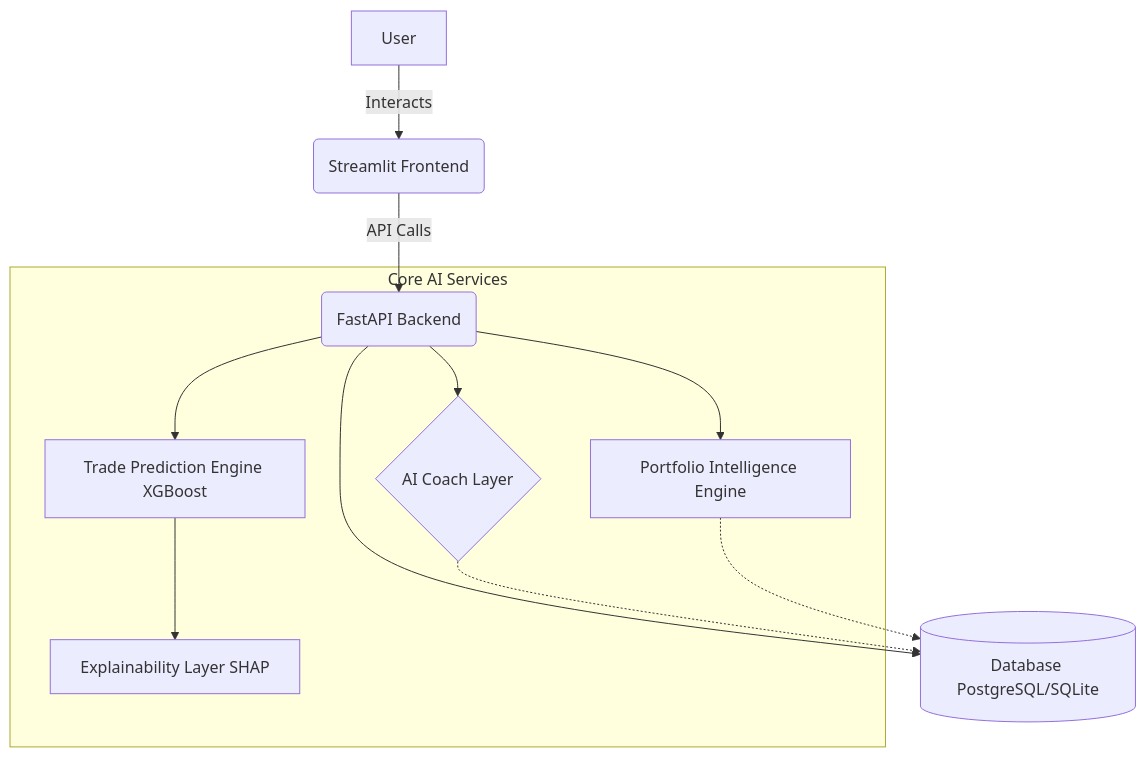
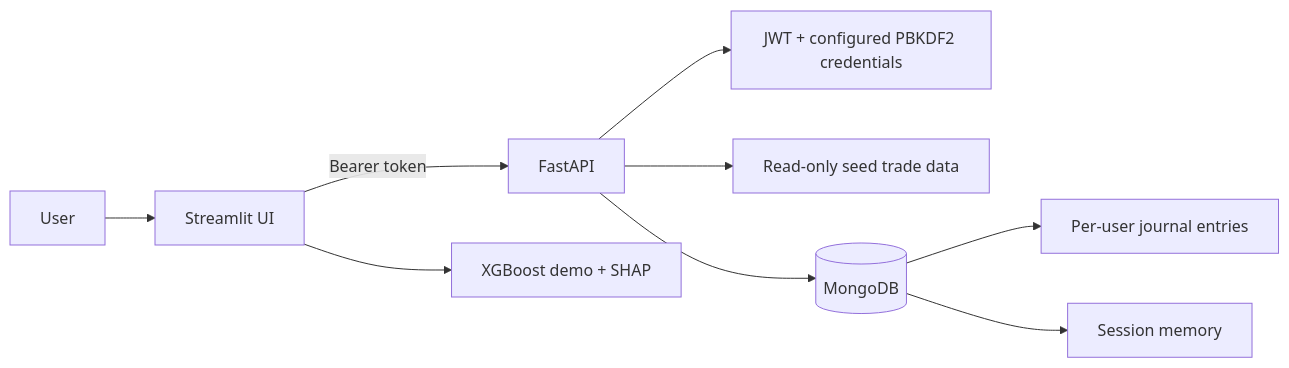
One commit to Piyu242005/AI-Trading-Coach changed the diagram in Readme.md. Above: the diagram before and after it, drawn with Mermaid. The commit also changed other lines of this file and 9 other files, not shown here.

````diff
--- a/Readme.md
+++ b/Readme.md
@@ -84,16 +54,11 @@
 ```mermaid
-graph TD
-    A[User] -->|Interacts| B(Streamlit Frontend)
-    B -->|API Calls| C(FastAPI Backend)
-    
-    subgraph Core AI Services
-    C --> D{AI Coach Layer}
-    C --> E[Trade Prediction Engine XGBoost]
-    E --> F[Explainability Layer SHAP]
-    C --> G[Portfolio Intelligence Engine]
-    end
-    
-    C --> H[(Database PostgreSQL/SQLite)]
-    D -.-> H
-    G -.-> H
+flowchart LR
+    U[User] --> UI[Streamlit UI]
+    UI -->|Bearer token| API[FastAPI]
+    API --> AUTH[JWT + configured PBKDF2 credentials]
+    API --> SEED[Read-only seed trade data]
+    API --> DB[(MongoDB)]
+    DB --> JOURNAL[Per-user journal entries]
+    DB --> MEMORY[Session memory]
+    UI --> ML[XGBoost demo + SHAP]
 ```
````
